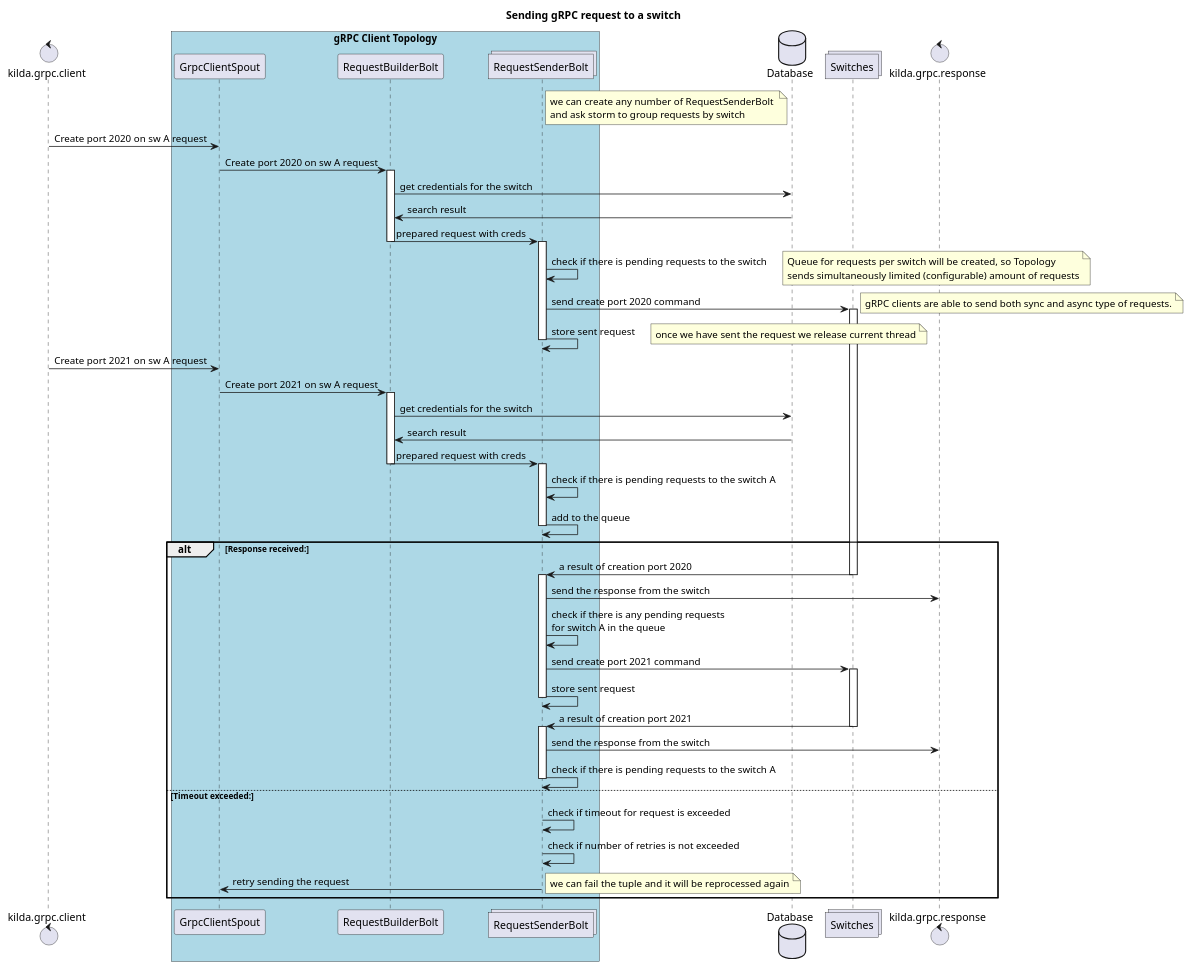
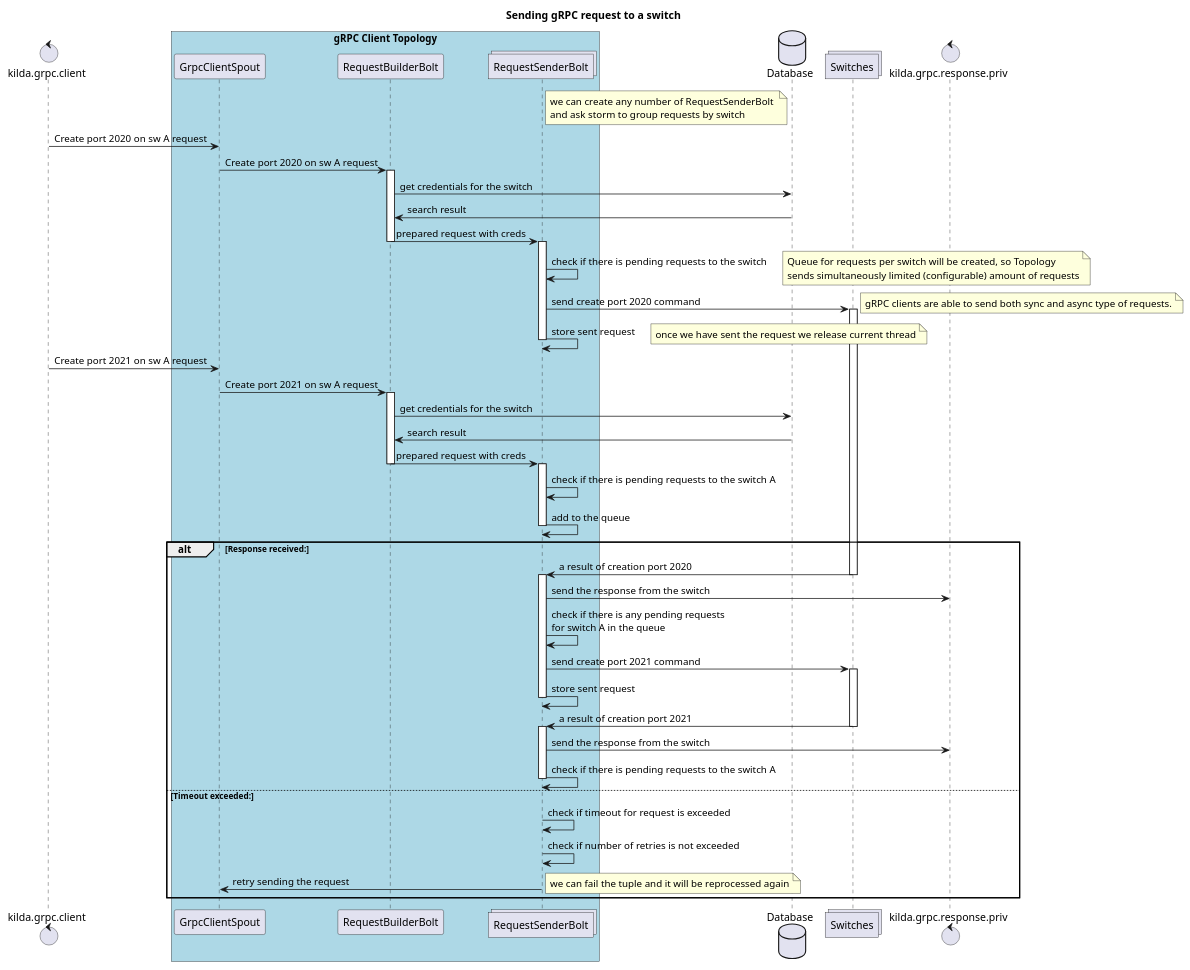
The diagram in docs/design/grpc-client/grpc-client.puml (telstra/open-kilda), drawn with PlantUML before and after one commit. The commit also changed 6 other files, not shown here.

```diff
--- a/docs/design/grpc-client/grpc-client.puml
+++ b/docs/design/grpc-client/grpc-client.puml
@@ -1,78 +1,78 @@
 @startuml
 title Sending gRPC request to a switch
 
 control kilda.grpc.client
 box "gRPC Client Topology" #LightBlue
     participant GrpcClientSpout
     participant RequestBuilderBolt
     collections RequestSenderBolt
     note right of RequestSenderBolt: we can create any number of RequestSenderBolt \nand ask storm to group requests by switch
 end box
 database Database
 collections Switches
-control kilda.grpc.response
+control kilda.grpc.response.priv
 
 kilda.grpc.client -> GrpcClientSpout: Create port 2020 on sw A request
 GrpcClientSpout -> RequestBuilderBolt: Create port 2020 on sw A request
 activate RequestBuilderBolt
 RequestBuilderBolt -> Database: get credentials for the switch
 Database -> RequestBuilderBolt: search result
 
 RequestBuilderBolt -> RequestSenderBolt: prepared request with creds
 deactivate RequestBuilderBolt
 
 activate RequestSenderBolt
 RequestSenderBolt -> RequestSenderBolt: check if there is pending requests to the switch
 note right: Queue for requests per switch will be created, so Topology \nsends simultaneously limited (configurable) amount of requests
 
 RequestSenderBolt -> Switches: send create port 2020 command
 activate Switches
 note right: gRPC clients are able to send both sync and async type of requests.
 RequestSenderBolt -> RequestSenderBolt: store sent request
 
 note right: once we have sent the request we release current thread
 
 deactivate RequestSenderBolt
 
 kilda.grpc.client -> GrpcClientSpout: Create port 2021 on sw A request
 GrpcClientSpout -> RequestBuilderBolt: Create port 2021 on sw A request
 activate RequestBuilderBolt
 
 RequestBuilderBolt -> Database: get credentials for the switch
 Database -> RequestBuilderBolt: search result
 RequestBuilderBolt -> RequestSenderBolt: prepared request with creds
 deactivate RequestBuilderBolt
 
 activate RequestSenderBolt
 RequestSenderBolt -> RequestSenderBolt: check if there is pending requests to the switch A
 RequestSenderBolt -> RequestSenderBolt: add to the queue
 deactivate RequestSenderBolt
 
 alt Response received:
     Switches -> RequestSenderBolt: a result of creation port 2020
     deactivate Switches
     activate RequestSenderBolt
-    RequestSenderBolt -> kilda.grpc.response: send the response from the switch
+    RequestSenderBolt -> kilda.grpc.response.priv: send the response from the switch
 
     RequestSenderBolt -> RequestSenderBolt: check if there is any pending requests \nfor switch A in the queue
     RequestSenderBolt -> Switches: send create port 2021 command
     activate Switches
     RequestSenderBolt -> RequestSenderBolt: store sent request
     deactivate RequestSenderBolt
 
     Switches -> RequestSenderBolt: a result of creation port 2021
     deactivate Switches
     activate RequestSenderBolt
-    RequestSenderBolt -> kilda.grpc.response: send the response from the switch
+    RequestSenderBolt -> kilda.grpc.response.priv: send the response from the switch
     RequestSenderBolt -> RequestSenderBolt: check if there is pending requests to the switch A
     deactivate RequestSenderBolt
 
 else Timeout exceeded:
     deactivate Switches
     RequestSenderBolt -> RequestSenderBolt: check if timeout for request is exceeded
     RequestSenderBolt -> RequestSenderBolt: check if number of retries is not exceeded
     RequestSenderBolt -> GrpcClientSpout: retry sending the request
     note right: we can fail the tuple and it will be reprocessed again
 end
 
 @enduml
```
